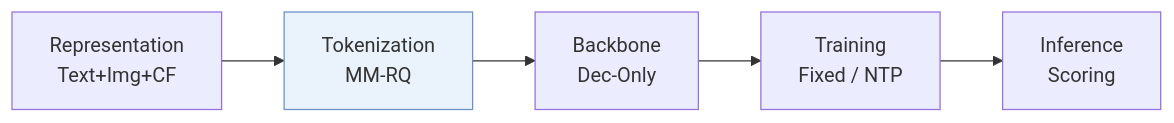
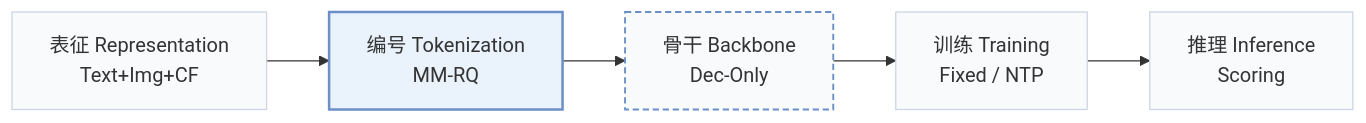
One commit to Galaxy-ghost/Awesome-SID-Generative-Rec changed the first of 2 diagrams in pages/zh/papers/mme-sid.md. Above: the diagram before and after it, drawn with Mermaid. The commit also changed other lines of this file and 649 other files, not shown here.

Commit message:
writer-05: also tags and modality index (schema, check, build, visuals); summary field removed; calibration data for 12 papers

````diff
--- a/pages/zh/papers/mme-sid.md
+++ b/pages/zh/papers/mme-sid.md
@@ -13,6 +15,10 @@
 ```mermaid
 flowchart LR
-    R["Representation<br/>Text+Img+CF"] --> T["Tokenization<br/>MM-RQ"] --> B["Backbone<br/>Dec-Only"] --> TR["Training<br/>Fixed / NTP"] --> I["Inference<br/>Scoring"]
-    classDef main fill:#eaf2fb,stroke:#6b8fc7
+    R["表征 Representation<br/>Text+Img+CF"] --> T["编号 Tokenization<br/>MM-RQ"] --> B["骨干 Backbone<br/>Dec-Only"] --> TR["训练 Training<br/>Fixed / NTP"] --> I["推理 Inference<br/>Scoring"]
+    classDef base fill:#f8fafc,stroke:#cbd5e1
+    class R,T,B,TR,I base
+    classDef also fill:#f8fafc,stroke:#6b8fc7,stroke-width:1.5px,stroke-dasharray:5 3
+    class B also
+    classDef main fill:#eaf2fb,stroke:#6b8fc7,stroke-width:2px
     class T main
 ```
````
